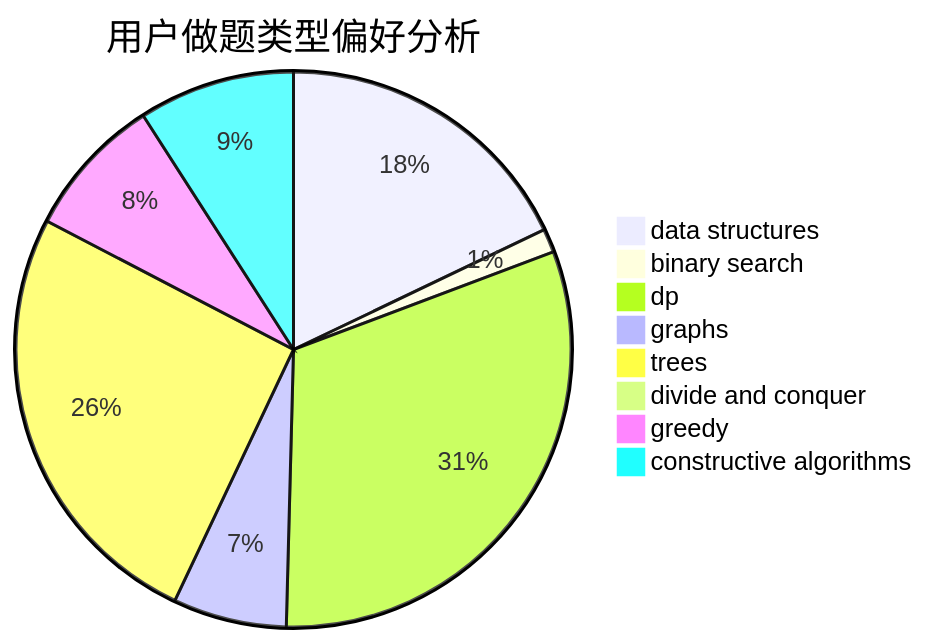
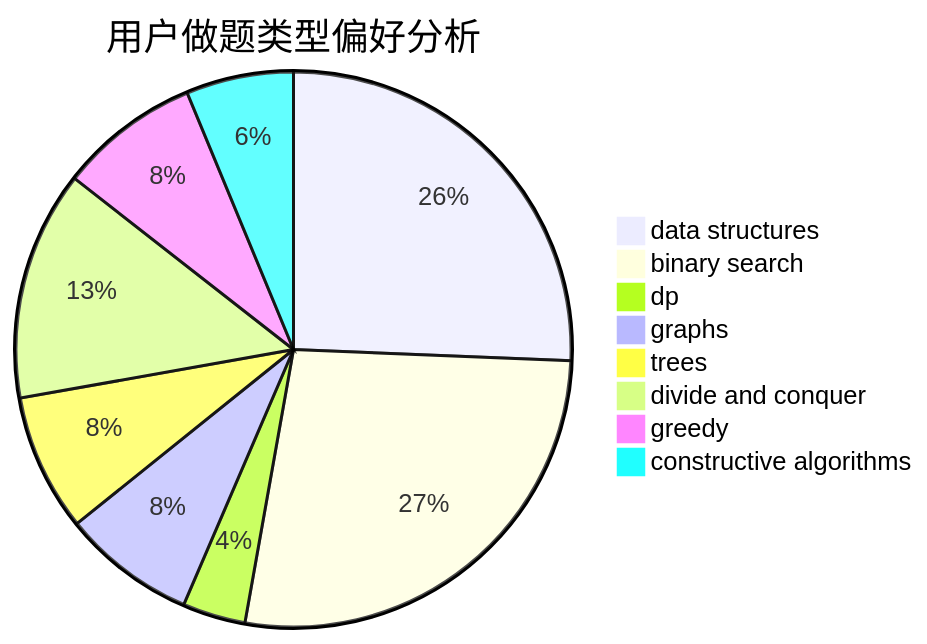
One commit to sherpahu/cfrs.github.io changed the second of 3 diagrams in docs/user/u2374.md. Above: the diagram before and after it, drawn with Mermaid. The commit also changed other lines of this file and 2770 other files, not shown here.

````diff
--- a/docs/user/u2374.md
+++ b/docs/user/u2374.md
@@ -23,11 +23,11 @@
 ```mermaid
 pie title 用户做题类型偏好分析
-    "data structures" :  65
-    "binary search" :  5
-    "dp" :  113
-    "graphs" :  24
-    "trees" :  93
-    "divide and conquer" :  0
-    "greedy" :  30
-    "constructive algorithms" :  33
+    "data structures" :  119
+    "binary search" :  126
+    "dp" :  17
+    "graphs" :  36
+    "trees" :  37
+    "divide and conquer" :  62
+    "greedy" :  38
+    "constructive algorithms" :  29
 ```
````
